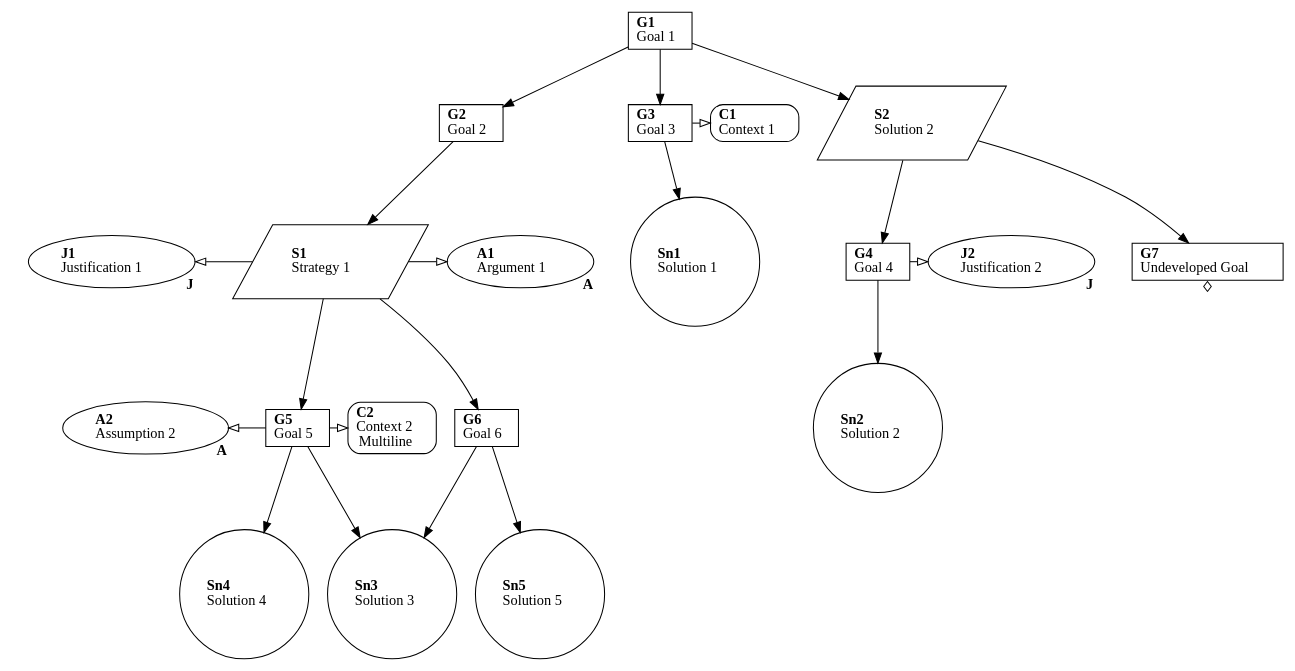
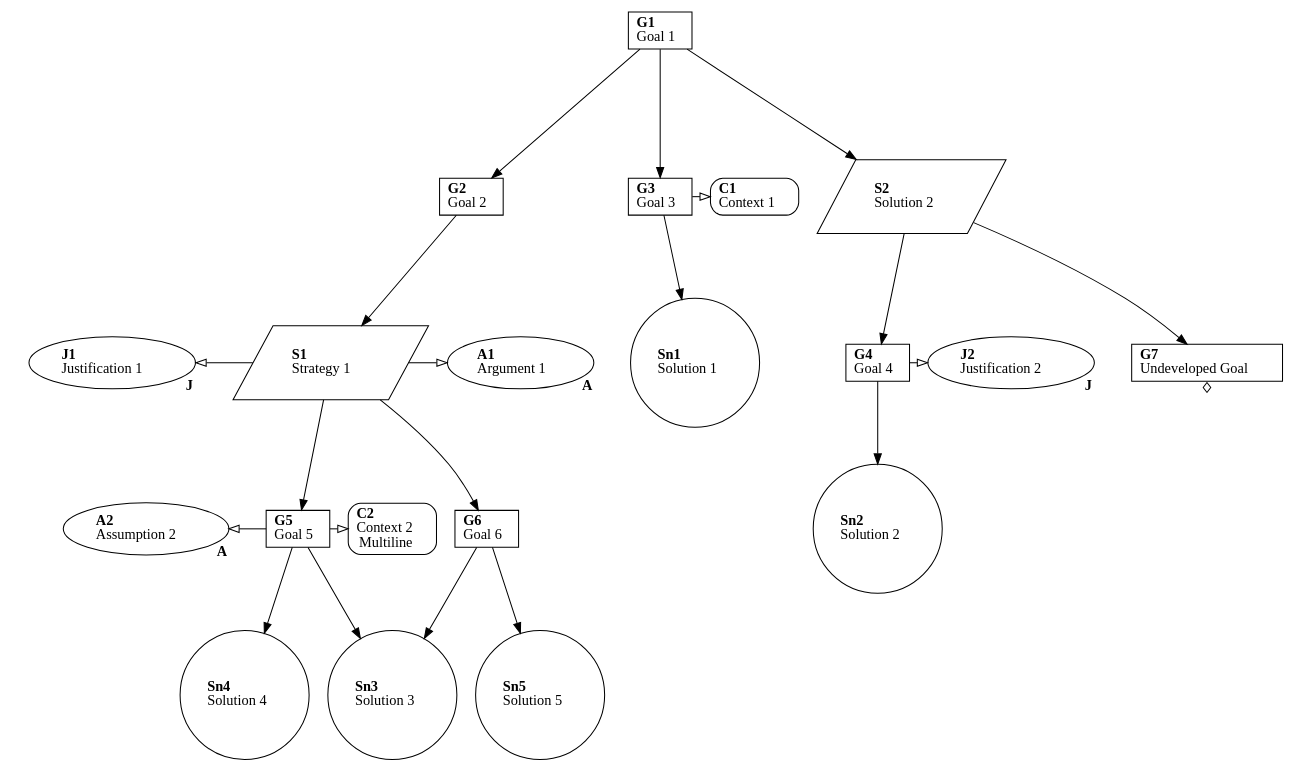
The diagram in example.gsn.dot (jonasthewolf/gsn2x), drawn with Graphviz before and after one commit. The commit also changed 8 other files, not shown here.

```diff
--- a/example.gsn.dot
+++ b/example.gsn.dot
@@ -1,76 +1,76 @@
 digraph "example.gsn.yaml" {
-  graph [class="gsndiagram"]
+  graph [class="gsndiagram", ranksep="equally"]
 
   ## Elements
-  "A1" [id="gsn_a1", shape="oval", class="gsnelem,gsnasmp", label=<<B>A1</B><BR align="left"/>Argument 1>];
+  "A1" [id="gsn_a1", shape="oval", class="gsnelem gsnasmp", label=<<B>A1</B><BR align="left"/>Argument 1>];
   "A1":e -> "A1":e [headlabel=< <B>A</B> >, labeldistance=2.5, penwidth=0, arrowhead=none];
-  "A2" [id="gsn_a2", shape="oval", class="gsnelem,gsnasmp", label=<<B>A2</B><BR align="left"/>Assumption 2>];
+  "A2" [id="gsn_a2", shape="oval", class="gsnelem gsnasmp mycssclass anotherclass", label=<<B>A2</B><BR align="left"/>Assumption 2>];
   "A2":e -> "A2":e [headlabel=< <B>A</B> >, labeldistance=2.5, penwidth=0, arrowhead=none];
-  "C1" [id="gsn_c1", shape="box", class="gsnelem,gsnctxt", style="rounded", label=<<B>C1</B><BR align="left"/>Context 1>];
-  "C2" [id="gsn_c2", shape="box", class="gsnelem,gsnctxt", style="rounded", label=<<B>C2</B><BR align="left"/>Context 2<BR align="left"/>Multiline>];
-  "G1" [id="gsn_g1", shape="box", class="gsnelem,gsngoal", label=<<B>G1</B><BR align="left"/>Goal 1>];
-  "G2" [id="gsn_g2", shape="box", class="gsnelem,gsngoal", label=<<B>G2</B><BR align="left"/>Goal 2>];
-  "G3" [id="gsn_g3", shape="box", class="gsnelem,gsngoal", label=<<B>G3</B><BR align="left"/>Goal 3>];
-  "G4" [id="gsn_g4", shape="box", class="gsnelem,gsngoal", label=<<B>G4</B><BR align="left"/>Goal 4>];
-  "G5" [id="gsn_g5", shape="box", class="gsnelem,gsngoal", label=<<B>G5</B><BR align="left"/>Goal 5>];
-  "G6" [id="gsn_g6", shape="box", class="gsnelem,gsngoal", label=<<B>G6</B><BR align="left"/>Goal 6>];
-  "G7" [id="gsn_g7", shape="box", class="gsnelem,gsngoal", label=<<B>G7</B><BR align="left"/>Undeveloped Goal>];
+  "C1" [id="gsn_c1", shape="box", class="gsnelem gsnctxt", style="rounded", label=<<B>C1</B><BR align="left"/>Context 1>];
+  "C2" [id="gsn_c2", shape="box", class="gsnelem gsnctxt", style="rounded", label=<<B>C2</B><BR align="left"/>Context 2<BR align="left"/>Multiline>];
+  "G1" [id="gsn_g1", shape="box", class="gsnelem gsngoal", label=<<B>G1</B><BR align="left"/>Goal 1>];
+  "G2" [id="gsn_g2", shape="box", class="gsnelem gsngoal", label=<<B>G2</B><BR align="left"/>Goal 2>];
+  "G3" [id="gsn_g3", shape="box", class="gsnelem gsngoal", label=<<B>G3</B><BR align="left"/>Goal 3>];
+  "G4" [id="gsn_g4", shape="box", class="gsnelem gsngoal", label=<<B>G4</B><BR align="left"/>Goal 4>];
+  "G5" [id="gsn_g5", shape="box", class="gsnelem gsngoal", label=<<B>G5</B><BR align="left"/>Goal 5>];
+  "G6" [id="gsn_g6", shape="box", class="gsnelem gsngoal", label=<<B>G6</B><BR align="left"/>Goal 6>];
+  "G7" [id="gsn_g7", shape="box", class="gsnelem gsngoal", label=<<B>G7</B><BR align="left"/>Undeveloped Goal>];
   "G7":s -> "G7":s [taillabel=<<br/><b>&#9826;</b>>,color=transparent,arrowhead=none,labeldistance=0.1]
-  "J1" [id="gsn_j1", shape="oval", class="gsnelem,gsnjust", label=<<B>J1</B><BR align="left"/>Justification 1>];
+  "J1" [id="gsn_j1", shape="oval", class="gsnelem gsnjust", label=<<B>J1</B><BR align="left"/>Justification 1>];
   "J1":e -> "J1":e [headlabel=< <B>J</B> >, labeldistance=2.5, penwidth=0, arrowhead=none];
-  "J2" [id="gsn_j2", shape="oval", class="gsnelem,gsnjust", label=<<B>J2</B><BR align="left"/>Justification 2>];
+  "J2" [id="gsn_j2", shape="oval", class="gsnelem gsnjust", label=<<B>J2</B><BR align="left"/>Justification 2>];
   "J2":e -> "J2":e [headlabel=< <B>J</B> >, labeldistance=2.5, penwidth=0, arrowhead=none];
-  "S1" [id="gsn_s1", shape="parallelogram", class="gsnelem,gsnstgy", label=<<B>S1</B><BR align="left"/>Strategy 1>];
-  "S2" [id="gsn_s2", shape="parallelogram", class="gsnelem,gsnstgy", label=<<B>S2</B><BR align="left"/>Solution 2>];
-  "Sn1" [id="gsn_sn1", shape="circle", class="gsnelem,gsnsltn", URL="https://github.com/jonasthewolf/gsn2x", label=<<B>Sn1</B><BR align="left"/>Solution 1>];
-  "Sn2" [id="gsn_sn2", shape="circle", class="gsnelem,gsnsltn", label=<<B>Sn2</B><BR align="left"/>Solution 2>];
-  "Sn3" [id="gsn_sn3", shape="circle", class="gsnelem,gsnsltn", label=<<B>Sn3</B><BR align="left"/>Solution 3>];
-  "Sn4" [id="gsn_sn4", shape="circle", class="gsnelem,gsnsltn", label=<<B>Sn4</B><BR align="left"/>Solution 4>];
-  "Sn5" [id="gsn_sn5", shape="circle", class="gsnelem,gsnsltn", label=<<B>Sn5</B><BR align="left"/>Solution 5>];
+  "S1" [id="gsn_s1", shape="parallelogram", class="gsnelem gsnstgy", label=<<B>S1</B><BR align="left"/>Strategy 1>];
+  "S2" [id="gsn_s2", shape="parallelogram", class="gsnelem gsnstgy", label=<<B>S2</B><BR align="left"/>Solution 2>];
+  "Sn1" [id="gsn_sn1", shape="circle", class="gsnelem gsnsltn", URL="https://github.com/jonasthewolf/gsn2x", label=<<B>Sn1</B><BR align="left"/>Solution 1>];
+  "Sn2" [id="gsn_sn2", shape="circle", class="gsnelem gsnsltn", label=<<B>Sn2</B><BR align="left"/>Solution 2>];
+  "Sn3" [id="gsn_sn3", shape="circle", class="gsnelem gsnsltn", label=<<B>Sn3</B><BR align="left"/>Solution 3>];
+  "Sn4" [id="gsn_sn4", shape="circle", class="gsnelem gsnsltn", label=<<B>Sn4</B><BR align="left"/>Solution 4>];
+  "Sn5" [id="gsn_sn5", shape="circle", class="gsnelem gsnsltn", label=<<B>Sn5</B><BR align="left"/>Solution 5>];
 
   ## Relations
-  "G1" -> "G2" [class="gsnedge,gsnspby"];
-  "G1" -> "G3" [class="gsnedge,gsnspby"];
-  "G1" -> "S2" [class="gsnedge,gsnspby"];
-  "G2" -> "S1" [class="gsnedge,gsnspby"];
-  "G3" -> "Sn1" [class="gsnedge,gsnspby"];
+  "G1" -> "G2" [class="gsnedge gsnspby"];
+  "G1" -> "G3" [class="gsnedge gsnspby"];
+  "G1" -> "S2" [class="gsnedge gsnspby"];
+  "G2" -> "S1" [class="gsnedge gsnspby"];
+  "G3" -> "Sn1" [class="gsnedge gsnspby"];
   subgraph cluster7 {
     graph[peripheries=0];
     {
       rank = same;
-      "G3" -> "C1" [arrowhead=empty, class="gsnedge,gsninctxt"];
+      "G3" -> "C1" [arrowhead=empty, class="gsnedge gsninctxt"];
     }
   }
-  "G4" -> "Sn2" [class="gsnedge,gsnspby"];
+  "G4" -> "Sn2" [class="gsnedge gsnspby"];
   subgraph cluster8 {
     graph[peripheries=0];
     {
       rank = same;
-      "G4" -> "J2" [arrowhead=empty, class="gsnedge,gsninctxt"];
+      "G4" -> "J2" [arrowhead=empty, class="gsnedge gsninctxt"];
     }
   }
-  "G5" -> "Sn3" [class="gsnedge,gsnspby"];
-  "G5" -> "Sn4" [class="gsnedge,gsnspby"];
+  "G5" -> "Sn3" [class="gsnedge gsnspby"];
+  "G5" -> "Sn4" [class="gsnedge gsnspby"];
   subgraph cluster9 {
     graph[peripheries=0];
     {
       rank = same;
-      "G5" -> "C2" [arrowhead=empty, class="gsnedge,gsninctxt"];
-      "A2" -> "G5" [dir=back, arrowtail=empty, class="gsnedge,gsninctxt"];
+      "G5" -> "C2" [arrowhead=empty, class="gsnedge gsninctxt"];
+      "A2" -> "G5" [dir=back, arrowtail=empty, class="gsnedge gsninctxt"];
     }
   }
-  "G6" -> "Sn3" [class="gsnedge,gsnspby"];
-  "G6" -> "Sn5" [class="gsnedge,gsnspby"];
-  "S1" -> "G5" [class="gsnedge,gsnspby"];
-  "S1" -> "G6" [class="gsnedge,gsnspby"];
+  "G6" -> "Sn3" [class="gsnedge gsnspby"];
+  "G6" -> "Sn5" [class="gsnedge gsnspby"];
+  "S1" -> "G5" [class="gsnedge gsnspby"];
+  "S1" -> "G6" [class="gsnedge gsnspby"];
   subgraph cluster14 {
     graph[peripheries=0];
     {
       rank = same;
-      "S1" -> "A1" [arrowhead=empty, class="gsnedge,gsninctxt"];
-      "J1" -> "S1" [dir=back, arrowtail=empty, class="gsnedge,gsninctxt"];
+      "S1" -> "A1" [arrowhead=empty, class="gsnedge gsninctxt"];
+      "J1" -> "S1" [dir=back, arrowtail=empty, class="gsnedge gsninctxt"];
     }
   }
-  "S2" -> "G4" [class="gsnedge,gsnspby"];
-  "S2" -> "G7" [class="gsnedge,gsnspby"];
+  "S2" -> "G4" [class="gsnedge gsnspby"];
+  "S2" -> "G7" [class="gsnedge gsnspby"];
 }
```
